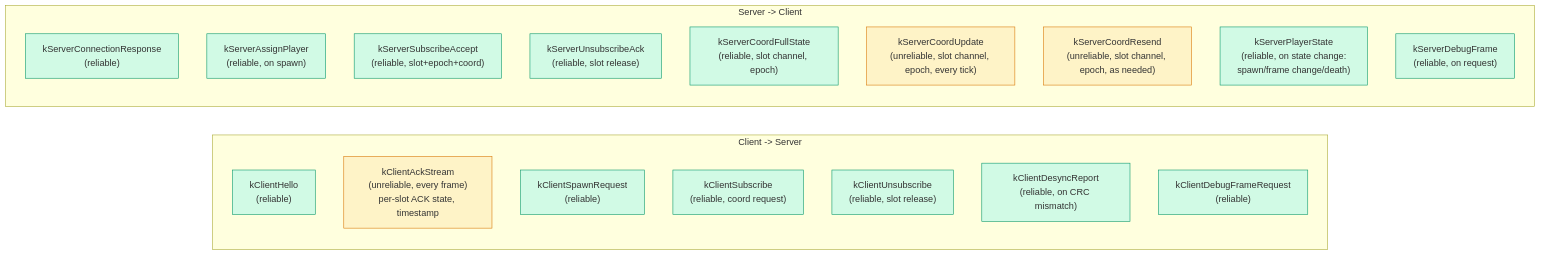
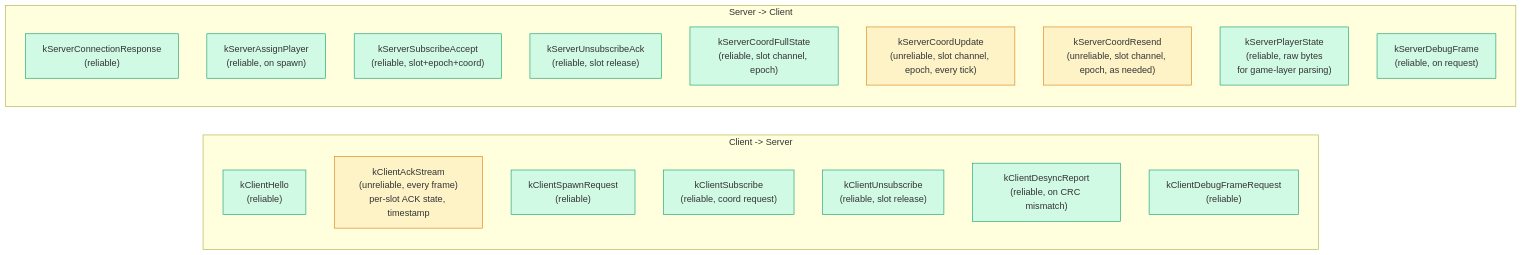
One commit to DougTanner/BrokenEnginePublic changed the ninth of 11 diagrams in Documents/Architecture/Network.md. Above: the diagram before and after it, drawn with Mermaid. The commit also changed other lines of this file and 118 other files, not shown here.

````diff
--- a/Documents/Architecture/Network.md
+++ b/Documents/Architecture/Network.md
@@ -149,31 +362,30 @@
 ```mermaid
 %%{init: {'theme': 'default'}}%%
 graph LR
     classDef reliable fill:#d1fae5,stroke:#059669
     classDef unreliable fill:#fef3c7,stroke:#d97706
     classDef clientPkt fill:#dbeafe,stroke:#3b82f6
     classDef serverPkt fill:#fee2e2,stroke:#ef4444
 
     subgraph client_to_server ["Client -> Server"]
         kClientHello["kClientHello<br/>(reliable)"]:::reliable
         kClientAckStream["kClientAckStream<br/>(unreliable, every frame)<br/>per-slot ACK state, timestamp"]:::unreliable
         kClientSpawnRequest["kClientSpawnRequest<br/>(reliable)"]:::reliable
         kClientSubscribe["kClientSubscribe<br/>(reliable, coord request)"]:::reliable
         kClientUnsubscribe["kClientUnsubscribe<br/>(reliable, slot release)"]:::reliable
         kClientDesyncReport["kClientDesyncReport<br/>(reliable, on CRC mismatch)"]:::reliable
         kClientDebugFrameRequest["kClientDebugFrameRequest<br/>(reliable)"]:::reliable
     end
 
     subgraph server_to_client ["Server -> Client"]
         kServerConnectionResponse["kServerConnectionResponse<br/>(reliable)"]:::reliable
         kServerAssignPlayer["kServerAssignPlayer<br/>(reliable, on spawn)"]:::reliable
         kServerSubscribeAccept["kServerSubscribeAccept<br/>(reliable, slot+epoch+coord)"]:::reliable
         kServerUnsubscribeAck["kServerUnsubscribeAck<br/>(reliable, slot release)"]:::reliable
         kServerCoordFullState["kServerCoordFullState<br/>(reliable, slot channel, epoch)"]:::reliable
         kServerCoordUpdate["kServerCoordUpdate<br/>(unreliable, slot channel, epoch, every tick)"]:::unreliable
         kServerCoordResend["kServerCoordResend<br/>(unreliable, slot channel, epoch, as needed)"]:::unreliable
-        kServerPlayerState["kServerPlayerState<br/>(reliable, on state change:<br/>spawn/frame change/death)"]:::reliable
-        kServerPlayerState["kServerPlayerState<br/>(reliable, on state change:<br/>spawn/frame change/death)"]:::reliable
+        kServerPlayerState["kServerPlayerState<br/>(reliable, raw bytes<br/>for game-layer parsing)"]:::reliable
         kServerDebugFrame["kServerDebugFrame<br/>(reliable, on request)"]:::reliable
     end
 ```
````
